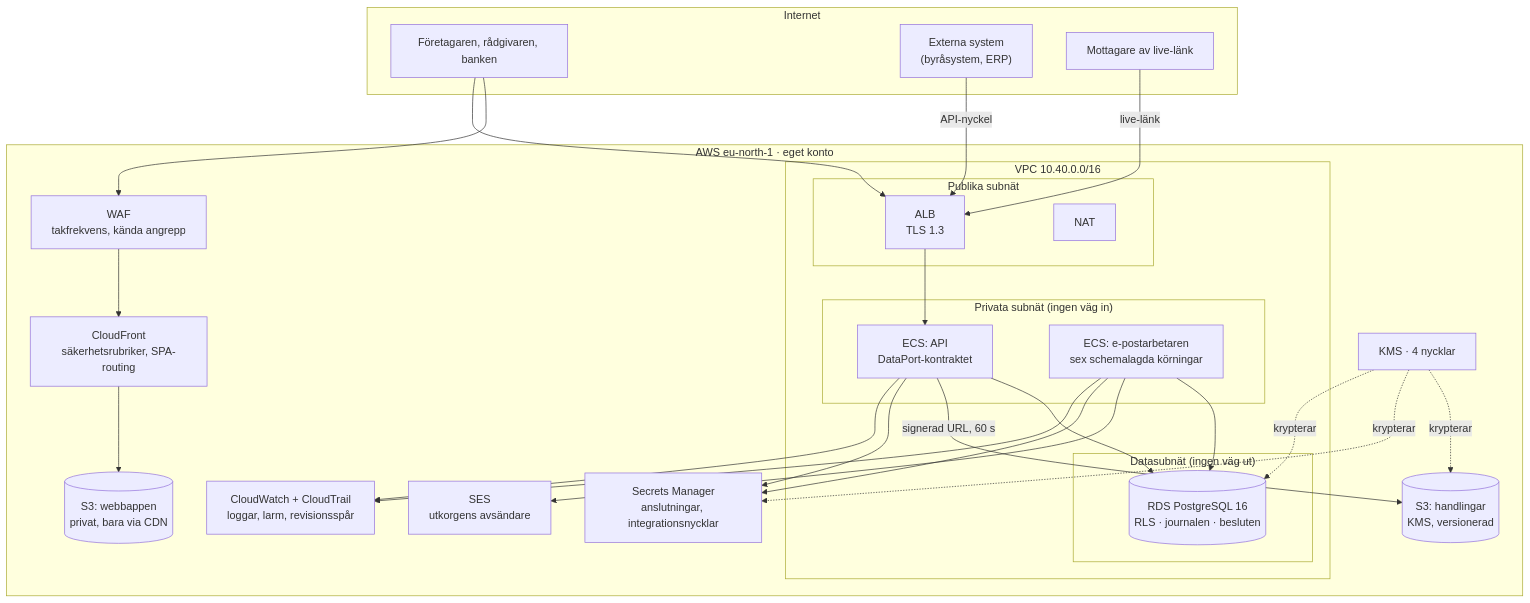
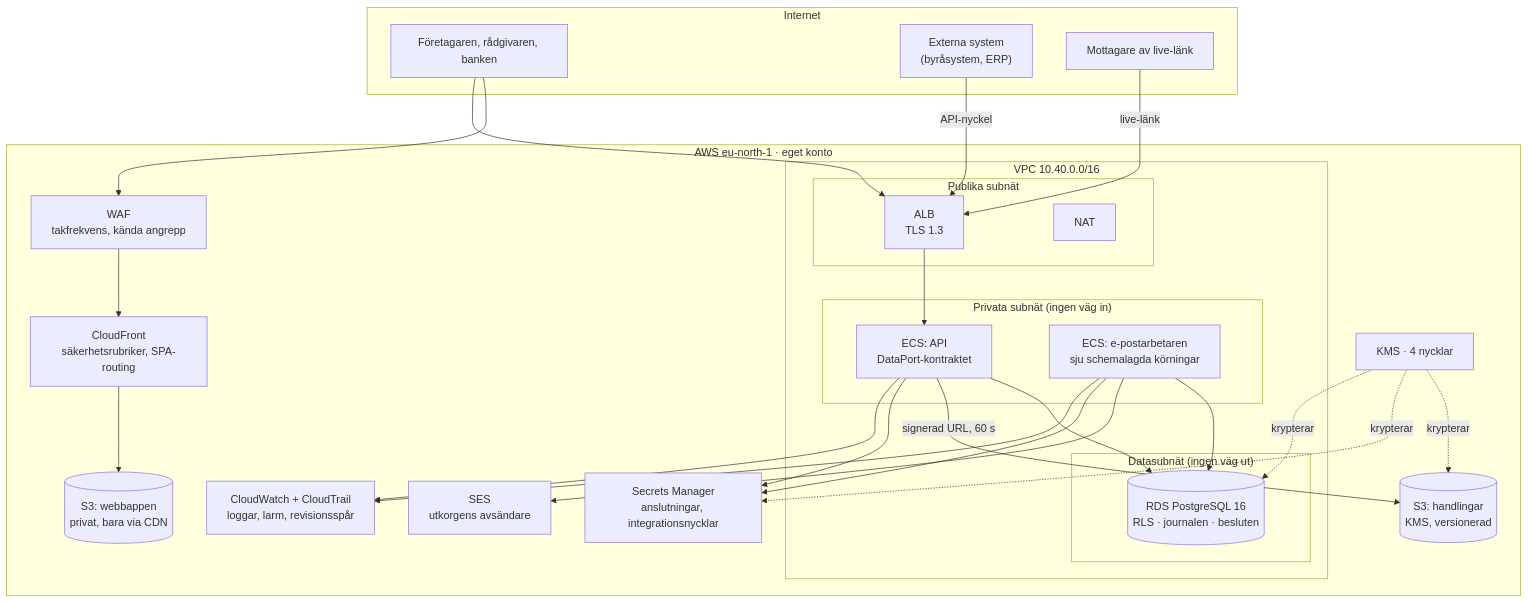
Before and after one commit to wolfoftyreso-debug/clearence: the diagram in docs/infrastructure.md, drawn with Mermaid. The commit also changed other lines of this file and 5 other files, not shown here.

````diff
--- a/docs/infrastructure.md
+++ b/docs/infrastructure.md
@@ -9,51 +9,51 @@
 ```mermaid
 flowchart TB
     subgraph internet["Internet"]
         anv["Företagaren, rådgivaren, banken"]
         ext["Externa system<br/>(byråsystem, ERP)"]
         mott["Mottagare av live-länk"]
     end
 
     subgraph aws["AWS eu-north-1 · eget konto"]
         waf["WAF<br/>takfrekvens, kända angrepp"]
         cdn["CloudFront<br/>säkerhetsrubriker, SPA-routing"]
         webb[("S3: webbappen<br/>privat, bara via CDN")]
 
         subgraph vpc["VPC 10.40.0.0/16"]
             subgraph pub["Publika subnät"]
                 alb["ALB<br/>TLS 1.3"]
                 nat["NAT"]
             end
             subgraph priv["Privata subnät (ingen väg in)"]
                 api["ECS: API<br/>DataPort-kontraktet"]
-                worker["ECS: e-postarbetaren<br/>sex schemalagda körningar"]
+                worker["ECS: e-postarbetaren<br/>sju schemalagda körningar"]
             end
             subgraph data["Datasubnät (ingen väg ut)"]
                 db[("RDS PostgreSQL 16<br/>RLS · journalen · besluten")]
             end
         end
 
         docs[("S3: handlingar<br/>KMS, versionerad")]
         ses["SES<br/>utkorgens avsändare"]
         sec["Secrets Manager<br/>anslutningar, integrationsnycklar"]
         kms["KMS · 4 nycklar"]
         cw["CloudWatch + CloudTrail<br/>loggar, larm, revisionsspår"]
     end
 
     anv --> waf --> cdn --> webb
     anv --> alb
     ext -->|API-nyckel| alb
     mott -->|live-länk| alb
     alb --> api
     api --> db
     api -->|signerad URL, 60 s| docs
     worker --> db
     worker --> ses
     api --> sec
     worker --> sec
     kms -.krypterar.-> db
     kms -.krypterar.-> docs
     kms -.krypterar.-> sec
     api --> cw
     worker --> cw
 ```
````
